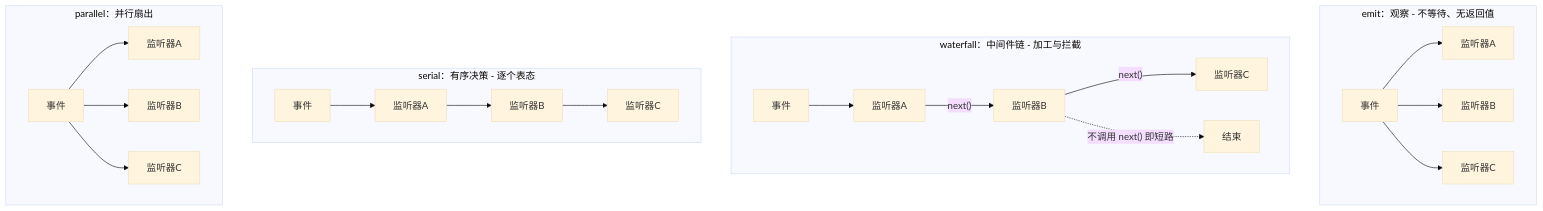
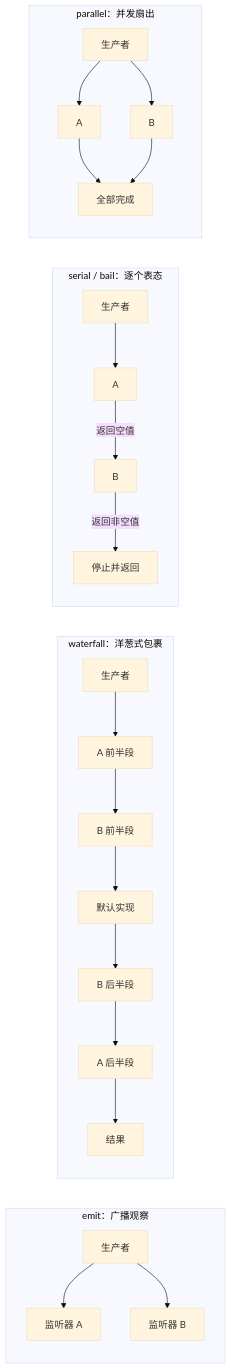
One commit to vinthuy/deepseek-harness-book changed the diagram in 05-事件系统.md. Above: the diagram before and after it, drawn with Mermaid (base theme). The commit also changed other lines of this file and 24 other files, not shown here.

````diff
--- a/05-事件系统.md
+++ b/05-事件系统.md
@@ -92,24 +98,20 @@
 ```mermaid
-flowchart TB
-    subgraph emit模式[emit：观察 - 不等待、无返回值]
-        E0[事件] --> E1[监听器A]
-        E0 --> E2[监听器B]
-        E0 --> E3[监听器C]
+flowchart LR
+    subgraph emit["emit：广播观察"]
+        E0[生产者] --> E1[监听器 A]
+        E0 --> E2[监听器 B]
     end
-    subgraph waterfall模式[waterfall：中间件链 - 加工与拦截]
-        W0[事件] --> W1[监听器A]
-        W1 -- "next()" --> W2[监听器B]
-        W2 -- "next()" --> W3[监听器C]
-        W2 -. "不调用 next() 即短路" .-> X[结束]
+    subgraph waterfall["waterfall：洋葱式包裹"]
+        W0[生产者] --> W1[A 前半段] --> W2[B 前半段] --> W3[默认实现]
+        W3 --> W4[B 后半段] --> W5[A 后半段] --> W6[结果]
     end
-    subgraph serial模式[serial：有序决策 - 逐个表态]
-        S0[事件] --> S1[监听器A]
-        S1 --> S2[监听器B]
-        S2 --> S3[监听器C]
+    subgraph serial["serial / bail：逐个表态"]
+        S0[生产者] --> S1[A] -->|返回空值| S2[B] -->|返回非空值| S3[停止并返回]
     end
-    subgraph parallel模式[parallel：并行扇出]
-        P0[事件] --> P1[监听器A]
-        P0 --> P2[监听器B]
-        P0 --> P3[监听器C]
+    subgraph parallel["parallel：并发扇出"]
+        P0[生产者] --> P1[A]
+        P0 --> P2[B]
+        P1 --> P3[全部完成]
+        P2 --> P3
     end
 ```
````
